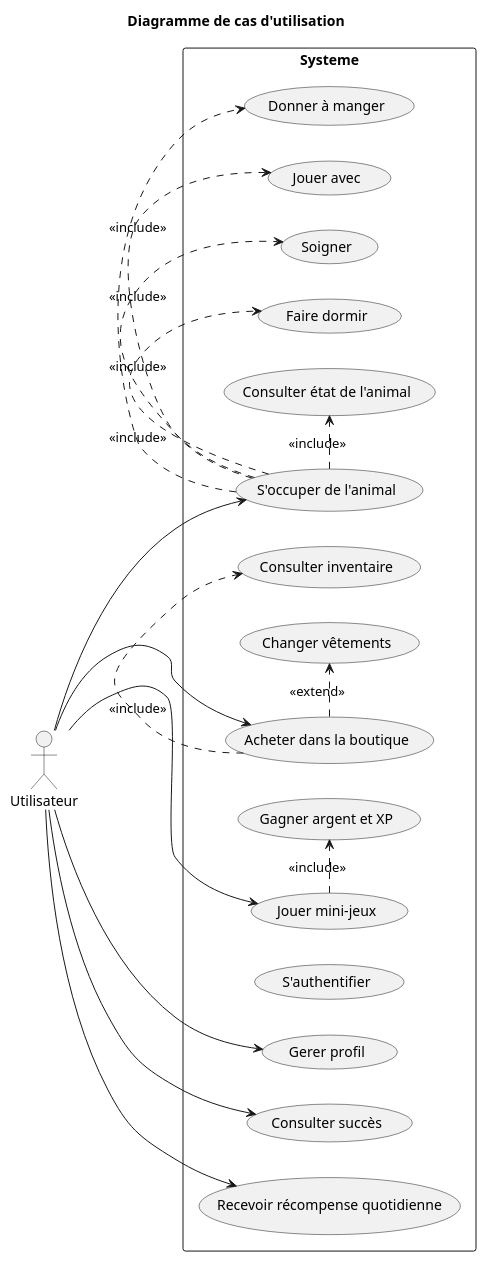
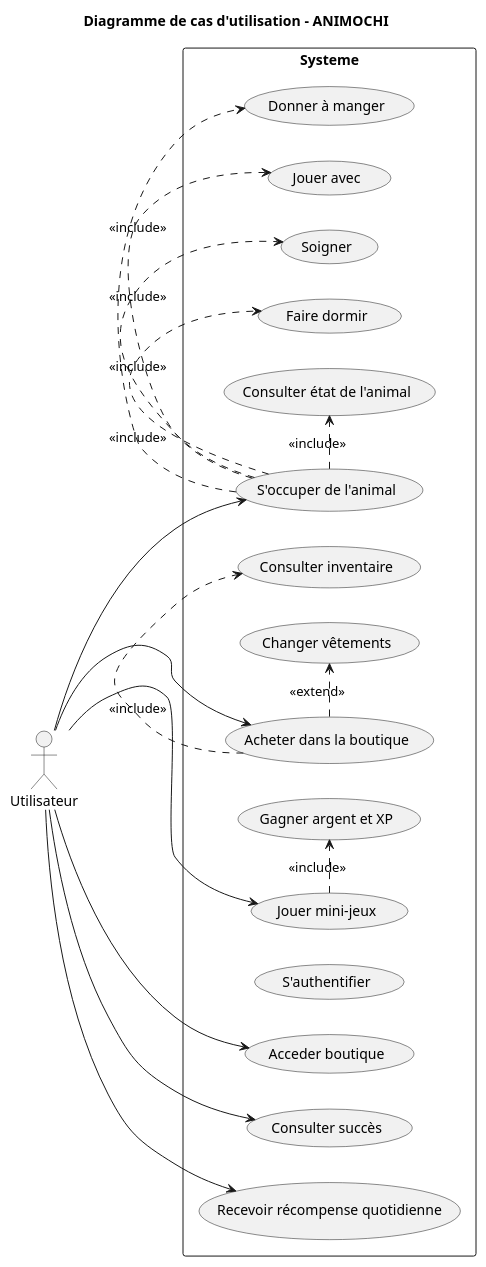
The second of 6 diagrams in Diagrammes.wsd (Sophololol/Application-Web---ANIMOCHI), drawn with PlantUML before and after one commit. The commit also changed other lines of this file, not shown here.

Commit message:
Mise à jour du fichier Diagrammes.wsd Modification du diagramme de séquence

```diff
--- a/Diagrammes.wsd
+++ b/Diagrammes.wsd
@@ -101,43 +97,43 @@
 @startuml "Cas d'utilisation"
-title "Diagramme de cas d'utilisation"
+title "Diagramme de cas d'utilisation - ANIMOCHI"
 left to right direction
 actor Utilisateur
 rectangle "Systeme"{
     usecase "S'authentifier" as UC0
-    usecase "Gerer profil" as UC3
+    usecase "Acceder boutique" as UC3
     usecase "S'occuper de l'animal" as UC1
     usecase "Donner à manger" as UC1.1
     usecase "Jouer avec" as UC1.2
     usecase "Soigner" as UC1.3
     usecase "Faire dormir" as UC1.4
     usecase "Consulter état de l'animal" as UC1.5
 
     UC1.>UC1.1:<<include>>
     UC1.>UC1.2:<<include>>
     UC1.>UC1.3:<<include>>
     UC1.>UC1.4:<<include>>
     UC1.>UC1.5:<<include>>
 
     usecase "Acheter dans la boutique" as UC2
     usecase "Consulter inventaire" as UC2.1
     usecase "Changer vêtements" as UC2.2
 
     UC2.>UC2.1:<<include>>
     UC2.>UC2.2:<<extend>>
 
     usecase "Jouer mini-jeux" as UC4
     usecase "Gagner argent et XP" as UC4.1
 
     UC4.>UC4.1:<<include>>
 
     usecase "Consulter succès" as UC5
     usecase "Recevoir récompense quotidienne" as UC6
 
 }
 Utilisateur -->UC1
 Utilisateur -->UC2
 Utilisateur -->UC3
 Utilisateur -->UC4
 Utilisateur -->UC5
 Utilisateur -->UC6
 @enduml
```
